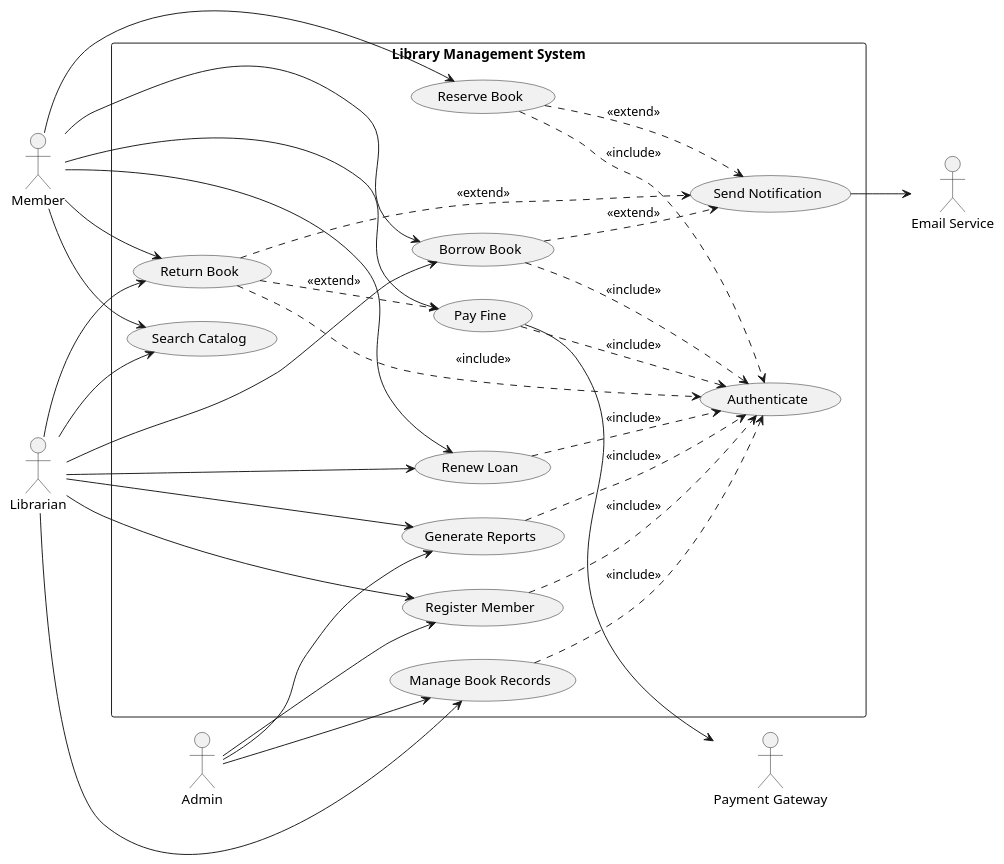
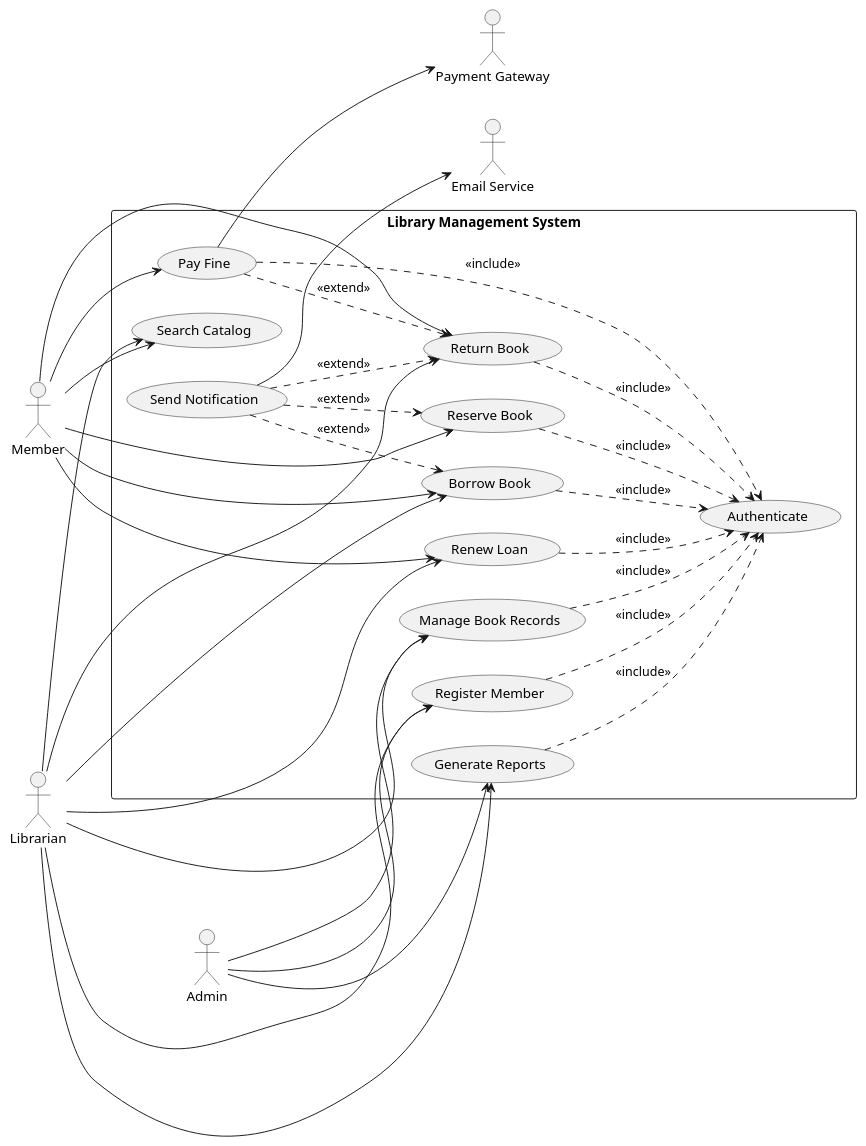
Before and after one commit to HashimZuraiqi/Software-Eng.-Project-UNTITLED: the diagram in uml/use_case.puml, drawn with PlantUML. The commit also changed 1 other file, not shown here.

Commit message:
feat: add use case diagram and update project README contribution stats

```diff
--- a/uml/use_case.puml
+++ b/uml/use_case.puml
@@ -1,71 +1,71 @@
 @startuml use_case
 left to right direction
 skinparam packageStyle rectangle
 
 actor Member
 actor Librarian
 actor Admin
 actor "Email Service" as Email
 actor "Payment Gateway" as Payment
 
 rectangle "Library Management System" {
   usecase "Search Catalog" as UC1
   usecase "Borrow Book" as UC2
   usecase "Return Book" as UC3
   usecase "Reserve Book" as UC4
   usecase "Renew Loan" as UC5
   usecase "Pay Fine" as UC6
   usecase "Manage Book Records" as UC7
   usecase "Register Member" as UC8
   usecase "Authenticate" as UC_Auth
   usecase "Send Notification" as UC_Notify
   usecase "Generate Reports" as UC9
 }
 
 ' Member flows
 Member --> UC1
 Member --> UC2
 Member --> UC3
 Member --> UC4
 Member --> UC5
 Member --> UC6
 
 ' Librarian flows
 Librarian --> UC7
 Librarian --> UC8
 Librarian --> UC2
 Librarian --> UC3
 Librarian --> UC1
 Librarian --> UC5
 Librarian --> UC9
 
 ' Admin flows
 Admin --> UC9
 Admin --> UC7
 Admin --> UC8
 
 ' Authenticate is included (mandatory) in member operations
 UC2 ..> UC_Auth : <<include>>
 UC3 ..> UC_Auth : <<include>>
 UC4 ..> UC_Auth : <<include>>
 UC5 ..> UC_Auth : <<include>>
 UC6 ..> UC_Auth : <<include>>
 
 ' Authenticate is included in staff operations
 UC7 ..> UC_Auth : <<include>>
 UC8 ..> UC_Auth : <<include>>
 UC9 ..> UC_Auth : <<include>>
 
 ' Extend: Pay Fine can occur as part of Return Book (if fines exist)
-UC3 ..> UC6 : <<extend>>
+UC6 ..> UC3 : <<extend>>
 
 ' Extend: Send Notification happens after successful Borrow, Return, and Reserve
-UC2 ..> UC_Notify : <<extend>>
-UC3 ..> UC_Notify : <<extend>>
-UC4 ..> UC_Notify : <<extend>>
+UC_Notify ..> UC2 : <<extend>>
+UC_Notify ..> UC3 : <<extend>>
+UC_Notify ..> UC4 : <<extend>>
 
 ' External system flows
 UC_Notify --> Email
 UC6 --> Payment
 
 @enduml
```
